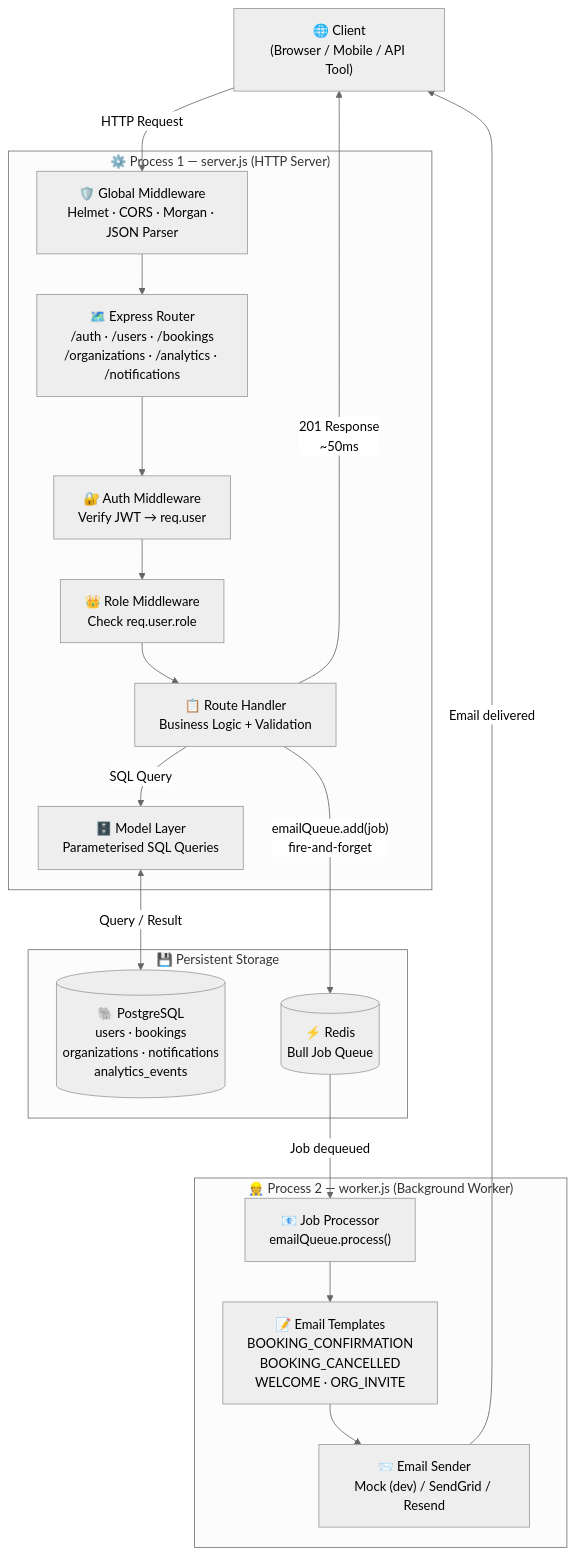
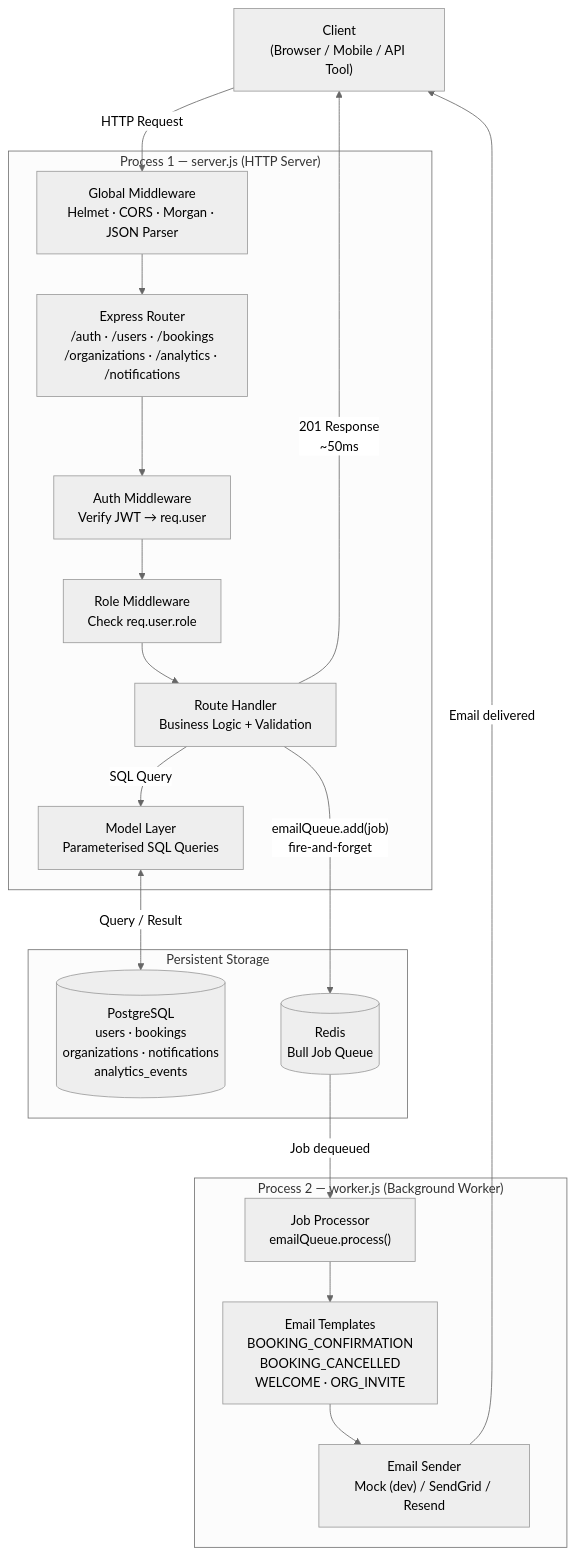
One commit to Ochanda-Charles/Event-scheduling-system changed the first of 15 diagrams in README.md. Above: the diagram before and after it, drawn with Mermaid (neutral theme). The commit also changed other lines of this file, not shown here.

````diff
--- a/README.md
+++ b/README.md
@@ -56,38 +56,38 @@
 ```mermaid
 graph TD
-    Client["🌐 Client<br/>(Browser / Mobile / API Tool)"]
+ Client[" Client<br/>(Browser / Mobile / API Tool)"]
 
-    subgraph Process1["⚙️ Process 1 — server.js (HTTP Server)"]
-        MW["🛡️ Global Middleware<br/>Helmet · CORS · Morgan · JSON Parser"]
-        Router["🗺️ Express Router<br/>/auth · /users · /bookings<br/>/organizations · /analytics · /notifications"]
-        Auth["🔐 Auth Middleware<br/>Verify JWT → req.user"]
-        Role["👑 Role Middleware<br/>Check req.user.role"]
-        Handler["📋 Route Handler<br/>Business Logic + Validation"]
-        Model["🗄️ Model Layer<br/>Parameterised SQL Queries"]
-    end
+ subgraph Process1[" Process 1 — server.js (HTTP Server)"]
+ MW[" Global Middleware<br/>Helmet · CORS · Morgan · JSON Parser"]
+ Router[" Express Router<br/>/auth · /users · /bookings<br/>/organizations · /analytics · /notifications"]
+ Auth[" Auth Middleware<br/>Verify JWT → req.user"]
+ Role[" Role Middleware<br/>Check req.user.role"]
+ Handler[" Route Handler<br/>Business Logic + Validation"]
+ Model[" Model Layer<br/>Parameterised SQL Queries"]
+ end
 
-    subgraph Process2["👷 Process 2 — worker.js (Background Worker)"]
-        Processor["📧 Job Processor<br/>emailQueue.process()"]
-        Templates["📝 Email Templates<br/>BOOKING_CONFIRMATION<br/>BOOKING_CANCELLED<br/>WELCOME · ORG_INVITE"]
-        Sender["📨 Email Sender<br/>Mock (dev) / SendGrid / Resend"]
-    end
+ subgraph Process2[" Process 2 — worker.js (Background Worker)"]
+ Processor[" Job Processor<br/>emailQueue.process()"]
+ Templates[" Email Templates<br/>BOOKING_CONFIRMATION<br/>BOOKING_CANCELLED<br/>WELCOME · ORG_INVITE"]
+ Sender[" Email Sender<br/>Mock (dev) / SendGrid / Resend"]
+ end
 
-    subgraph Storage["💾 Persistent Storage"]
-        PG[("🐘 PostgreSQL<br/>users · bookings<br/>organizations · notifications<br/>analytics_events")]
-        Redis[("⚡ Redis<br/>Bull Job Queue")]
-    end
+ subgraph Storage[" Persistent Storage"]
+ PG[(" PostgreSQL<br/>users · bookings<br/>organizations · notifications<br/>analytics_events")]
+ Redis[(" Redis<br/>Bull Job Queue")]
+ end
 
-    Client -->|"HTTP Request"| MW
-    MW --> Router
-    Router --> Auth
-    Auth --> Role
-    Role --> Handler
-    Handler -->|"SQL Query"| Model
-    Model <-->|"Query / Result"| PG
-    Handler -->|"emailQueue.add(job)<br/>fire-and-forget"| Redis
-    Handler -->|"201 Response<br/>~50ms"| Client
-    Redis -->|"Job dequeued"| Processor
-    Processor --> Templates
-    Templates --> Sender
-    Sender -->|"Email delivered"| Client
+ Client -->|"HTTP Request"| MW
+ MW --> Router
+ Router --> Auth
+ Auth --> Role
+ Role --> Handler
+ Handler -->|"SQL Query"| Model
+ Model <-->|"Query / Result"| PG
+ Handler -->|"emailQueue.add(job)<br/>fire-and-forget"| Redis
+ Handler -->|"201 Response<br/>~50ms"| Client
+ Redis -->|"Job dequeued"| Processor
+ Processor --> Templates
+ Templates --> Sender
+ Sender -->|"Email delivered"| Client
 ```
````
